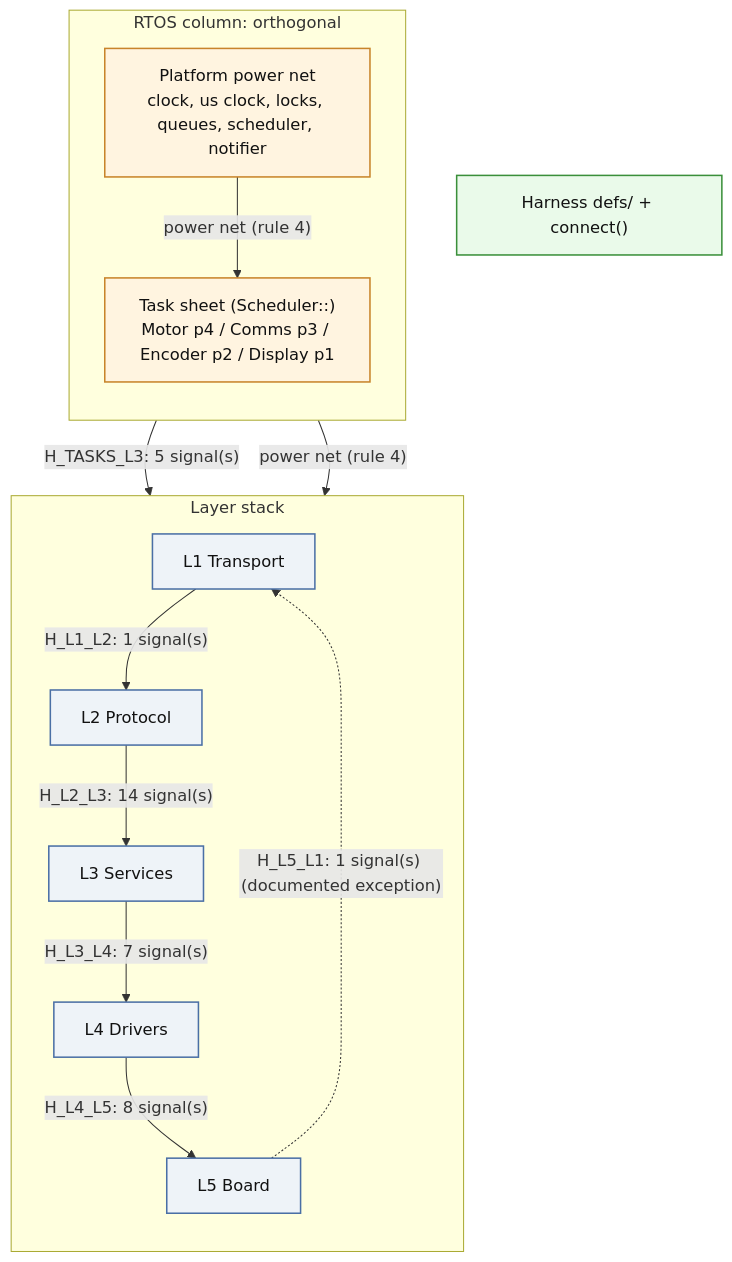
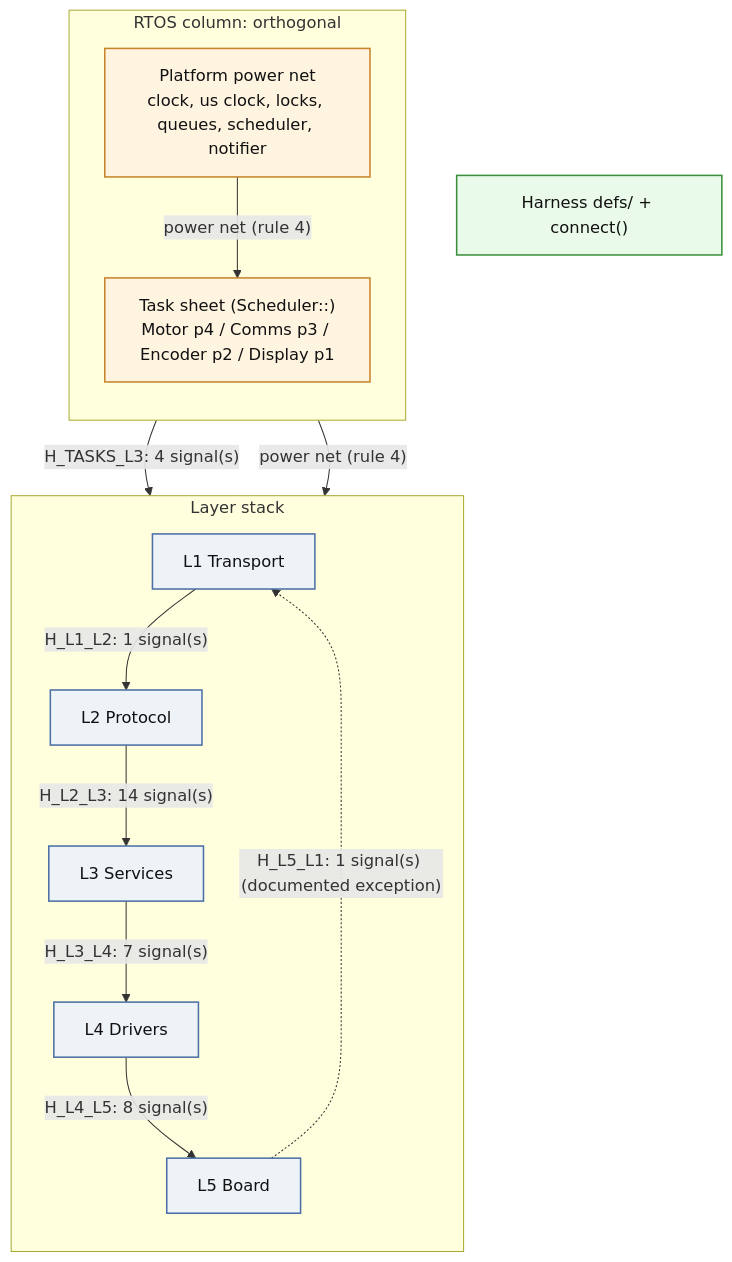
One commit to rcampiz/StepperMotorController changed the diagram in docs/ARCHITECTURE.md. Above: the diagram before and after it, drawn with Mermaid. The commit also changed other lines of this file and 40 other files, not shown here.

````diff
--- a/docs/ARCHITECTURE.md
+++ b/docs/ARCHITECTURE.md
@@ -118,28 +117,28 @@
 ```mermaid
 flowchart TB
   classDef layer fill:#eef3f8,stroke:#4a6fa5,stroke-width:1.5px,color:#111
   classDef rtos fill:#fff4e0,stroke:#c8842a,stroke-width:1.5px,color:#111
   classDef harness fill:#eafaea,stroke:#3a8f3a,stroke-width:1.5px,color:#111
   subgraph STACK[Layer stack]
     direction TB
     L1["L1 Transport"]:::layer
     L2["L2 Protocol"]:::layer
     L3["L3 Services"]:::layer
     L4["L4 Drivers"]:::layer
     L5["L5 Board"]:::layer
   end
   subgraph RTOS[RTOS column: orthogonal]
     direction TB
     TASKS["Task sheet (Scheduler::)\nMotor p4 / Comms p3 / Encoder p2 / Display p1"]:::rtos
     PLATFORM["Platform power net\nclock, us clock, locks, queues, scheduler, notifier"]:::rtos
   end
   HARNESS["Harness defs/ + connect()"]:::harness
   L1 -- "H_L1_L2: 1 signal(s)" --> L2
   L2 -- "H_L2_L3: 14 signal(s)" --> L3
   L3 -- "H_L3_L4: 7 signal(s)" --> L4
   L4 -- "H_L4_L5: 8 signal(s)" --> L5
   L5 -. "H_L5_L1: 1 signal(s) (documented exception)" .-> L1
-  TASKS -- "H_TASKS_L3: 5 signal(s)" --> L3
+  TASKS -- "H_TASKS_L3: 4 signal(s)" --> L3
   PLATFORM -- "power net (rule 4)" --> STACK
   PLATFORM -- "power net (rule 4)" --> TASKS
 ```
````
